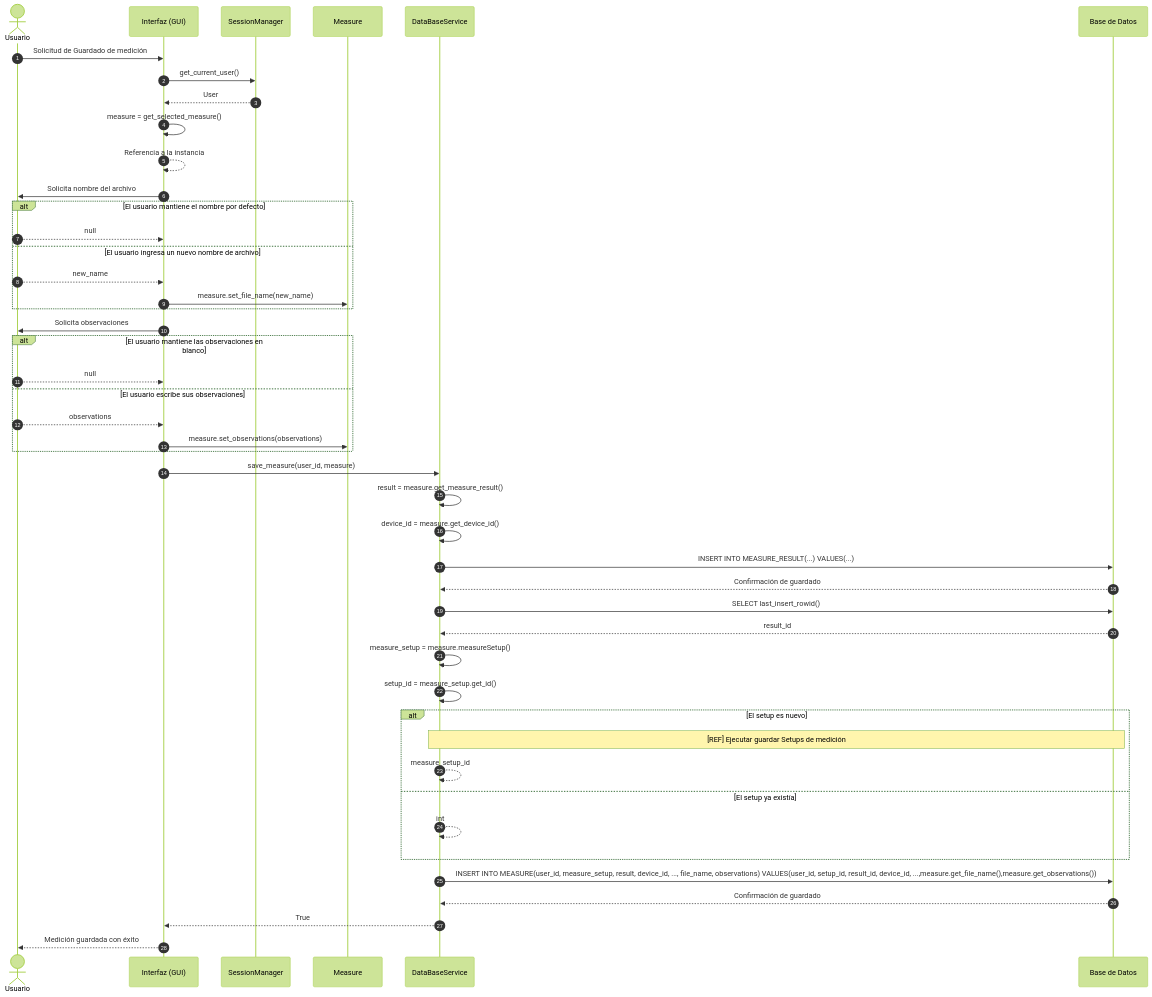
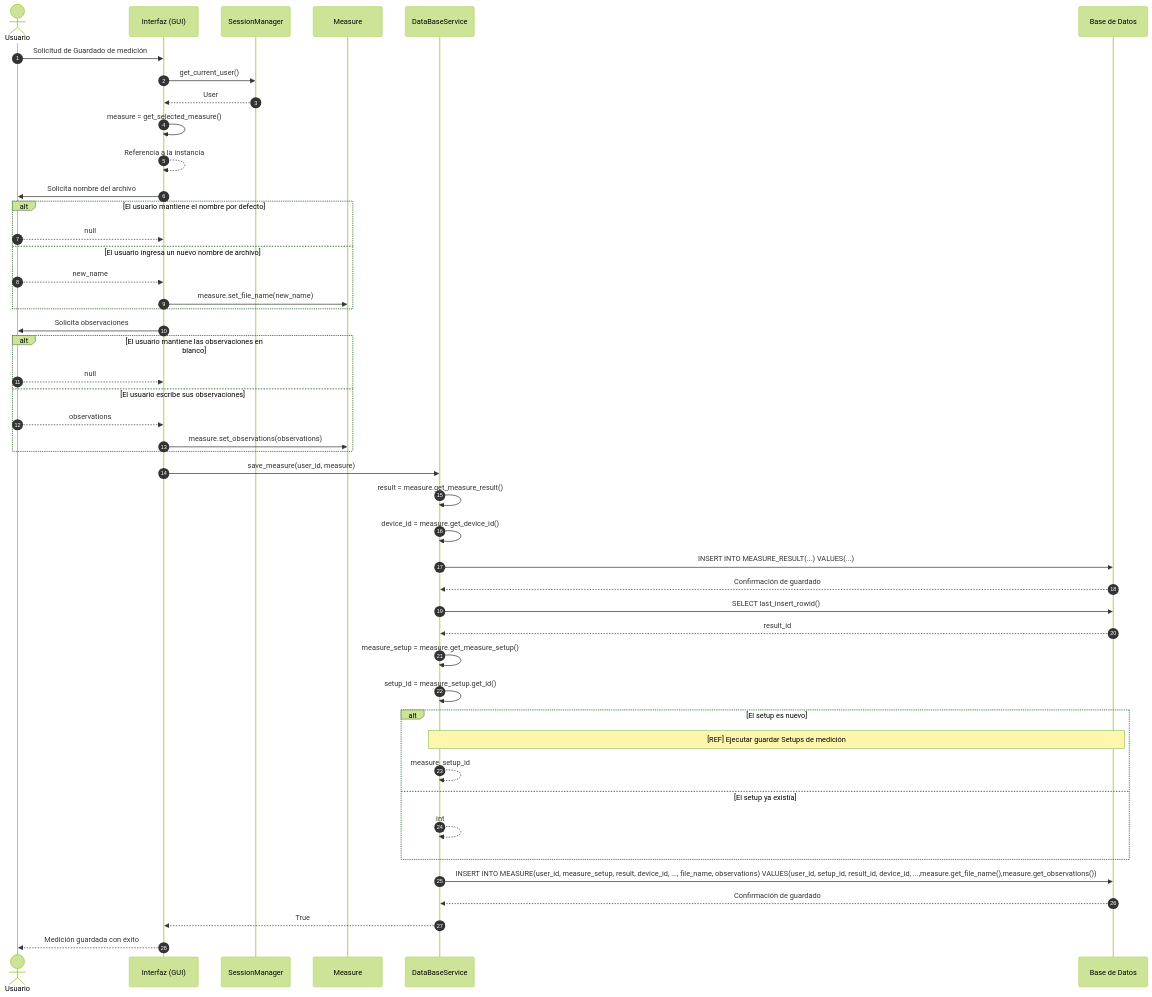
One commit to alegrelias/Repo-GMini changed the tenth of 13 diagrams in Gmini-MarkDown/Diagramas/Diagramas de Secuencia.md. Above: the diagram before and after it, drawn with Mermaid (forest theme).

Commit message:
Se agrega diagrama de secuencia

````diff
--- a/Gmini-MarkDown/Diagramas/Diagramas de Secuencia.md
+++ b/Gmini-MarkDown/Diagramas/Diagramas de Secuencia.md
@@ -323,53 +323,53 @@
 ```mermaid
 sequenceDiagram
 autonumber
 
 actor U as Usuario
 participant G as Interfaz (GUI)
 participant session as SessionManager
 participant M as Measure
 
 U->>G: Solicitud de Guardado de medición
 G->>session: get_current_user()
 session-->>G: User
 G->>G: measure = get_selected_measure()
 G-->>G: Referencia a la instancia
 G->>U: Solicita nombre del archivo
 alt El usuario mantiene el nombre por defecto
 	U-->>G: null
 else El usuario ingresa un nuevo nombre de archivo
 	U-->>G: new_name
 	G->>M: measure.set_file_name(new_name)
 end
 
 G->>U: Solicita observaciones
 alt El usuario mantiene las observaciones en blanco
 	U-->>G: null
 else El usuario escribe sus observaciones
 	U-->>G: observations
 	G->>M: measure.set_observations(observations)
 end
 
 participant dbs as DataBaseService
 participant db as Base de Datos
 
 G->>dbs: save_measure(user_id, measure)
 dbs->>dbs: result = measure.get_measure_result()
 dbs->>dbs: device_id = measure.get_device_id()
 dbs->>db: INSERT INTO MEASURE_RESULT(...) VALUES(...)
 db-->>dbs: Confirmación de guardado
 dbs->>db: SELECT last_insert_rowid()
 db-->>dbs: result_id
-dbs->>dbs: measure_setup = measure.measureSetup()
+dbs->>dbs: measure_setup = measure.get_measure_setup()
 	dbs->>dbs: setup_id = measure_setup.get_id()
 alt El setup es nuevo
 	Note over dbs, db: [REF] Ejecutar guardar Setups de medición
 	dbs-->>dbs: measure_setup_id
 else El setup ya existía
 	dbs-->>dbs: int
 end
 dbs->>db: INSERT INTO MEASURE(user_id, measure_setup, result, device_id, ..., file_name, observations) VALUES(user_id, setup_id, result_id, device_id, ...,measure.get_file_name(),measure.get_observations())
 db-->>dbs: Confirmación de guardado
 dbs-->>G: True
 G-->>U: Medición guardada con éxito
 ```
````
